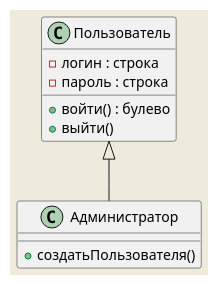
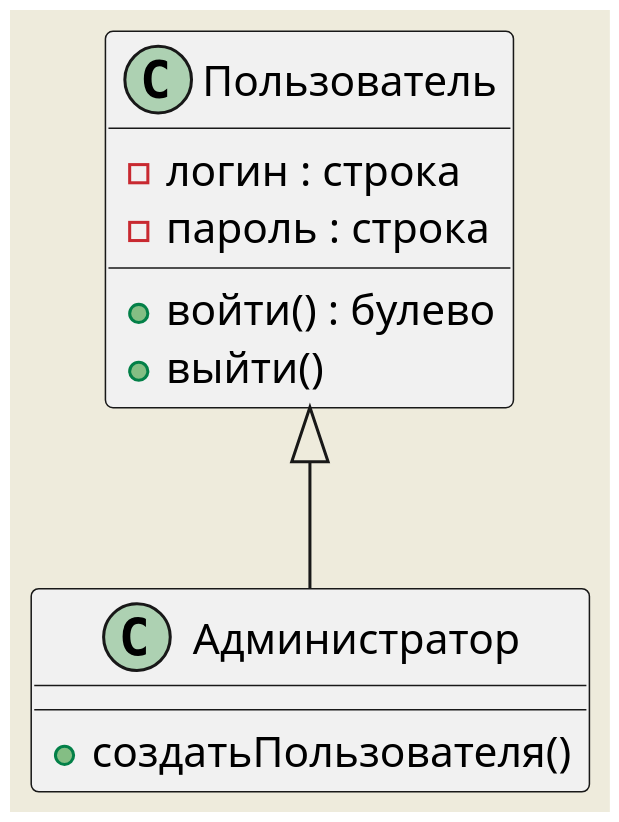
One commit to VladimirMonin/conspects changed the sixth of 37 diagrams in Модуль UML.md. Above: the diagram before and after it, drawn with PlantUML. The commit also changed other lines of this file, not shown here.

Commit message:
uml: уроки 9-12

````diff
--- a/Модуль UML.md
+++ b/Модуль UML.md
@@ -683,21 +691,22 @@
 ```plantuml
 @startuml
+scale 800 height
 skinparam BackgroundColor #EEEBDC
 
 ' 2. Диаграмма классов
 class Пользователь {
   -логин : строка
   -пароль : строка
   +войти() : булево
   +выйти()
 }
 
 class Администратор {
   +создатьПользователя()
 }
 
 Пользователь <|-- Администратор
 
 @enduml
 
 ```
````
